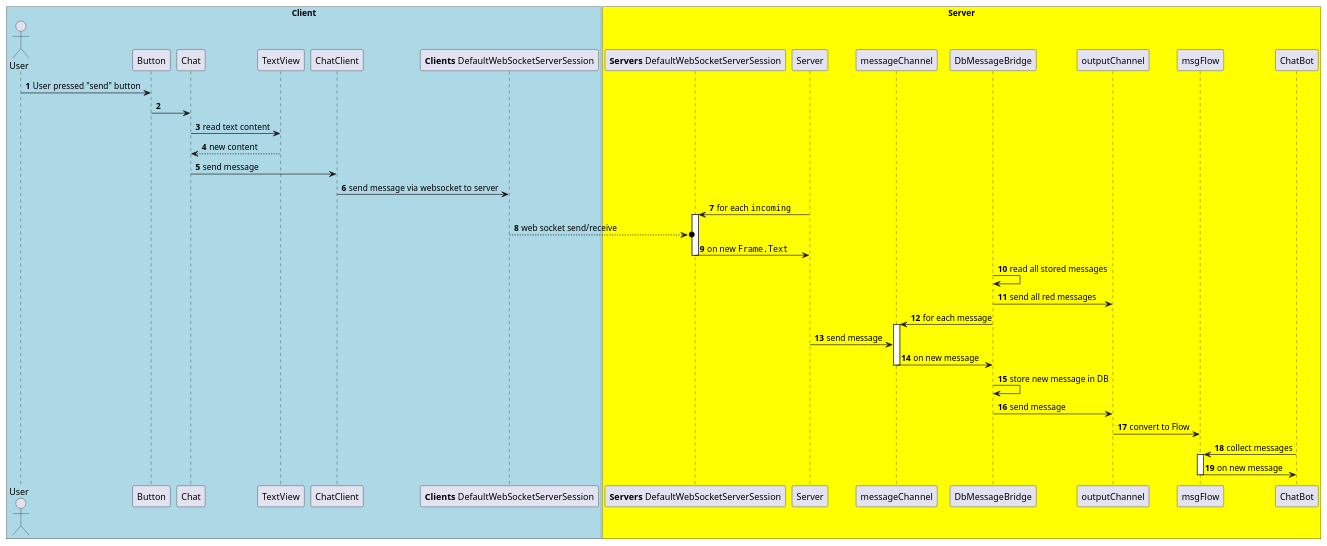
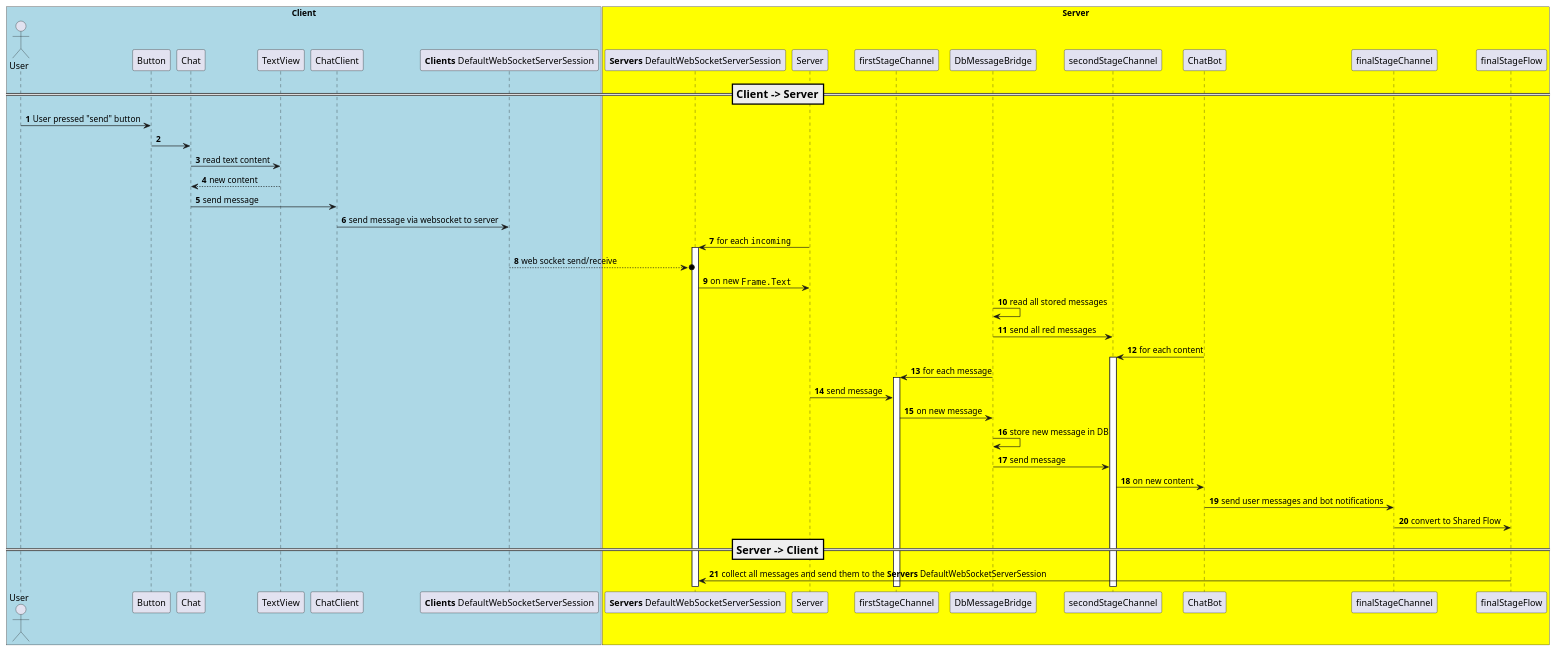
Before and after one commit to SaschaZ/KotlinMpChatDemo: the diagram in doc/puml/SendMessage.puml, drawn with PlantUML. The commit also changed 4 other files, not shown here.

```diff
--- a/doc/puml/SendMessage.puml
+++ b/doc/puml/SendMessage.puml
@@ -1,37 +1,46 @@
 @startuml
 'https://plantuml.com/sequence-diagram
 
 autonumber
+
+=== Client -> Server ==
 
 box "Client" #LightBlue
     actor User
     User -> Button: User pressed "send" button
     Button -> Chat
     Chat -> TextView: read text content
     return new content
     Chat -> ChatClient: send message
     ChatClient -> "**Clients** DefaultWebSocketServerSession" as CDWSS: send message via websocket to server
 end box
 
 box "Server" #Yellow
     "**Servers** DefaultWebSocketServerSession" as SDWSS <- Server ++ : for each ""incoming""
     CDWSS -->o SDWSS: web socket send/receive
-    SDWSS -> Server -- : on new ""Frame.Text""
-    participant messageChannel
+    SDWSS -> Server : on new ""Frame.Text""
+    participant firstStageChannel
 
     DbMessageBridge -> DbMessageBridge: read all stored messages
-    DbMessageBridge -> outputChannel: send all red messages
+    DbMessageBridge -> secondStageChannel: send all red messages
 
-    messageChannel <- DbMessageBridge ++ : for each message
-    Server -> messageChannel: send message
-    messageChannel -> DbMessageBridge -- : on new message
+    secondStageChannel <- ChatBot ++ : for each content
+
+    firstStageChannel <- DbMessageBridge ++ : for each message
+    Server -> firstStageChannel: send message
+    firstStageChannel -> DbMessageBridge : on new message
     DbMessageBridge -> DbMessageBridge: store new message in DB
-    DbMessageBridge -> outputChannel: send message
+    DbMessageBridge -> secondStageChannel: send message
 
-    outputChannel -> msgFlow: convert to Flow
-    msgFlow <- ChatBot ++ : collect messages
-    msgFlow -> ChatBot -- : on new message
+    secondStageChannel -> ChatBot: on new content
+    ChatBot -> finalStageChannel: send user messages and bot notifications
+    finalStageChannel -> finalStageFlow: convert to Shared Flow
+
+    === Server -> Client ==
+
+    SDWSS <- finalStageFlow: collect all messages and send them to the **Servers** DefaultWebSocketServerSession
+
 
 end box
 
 @enduml
```
